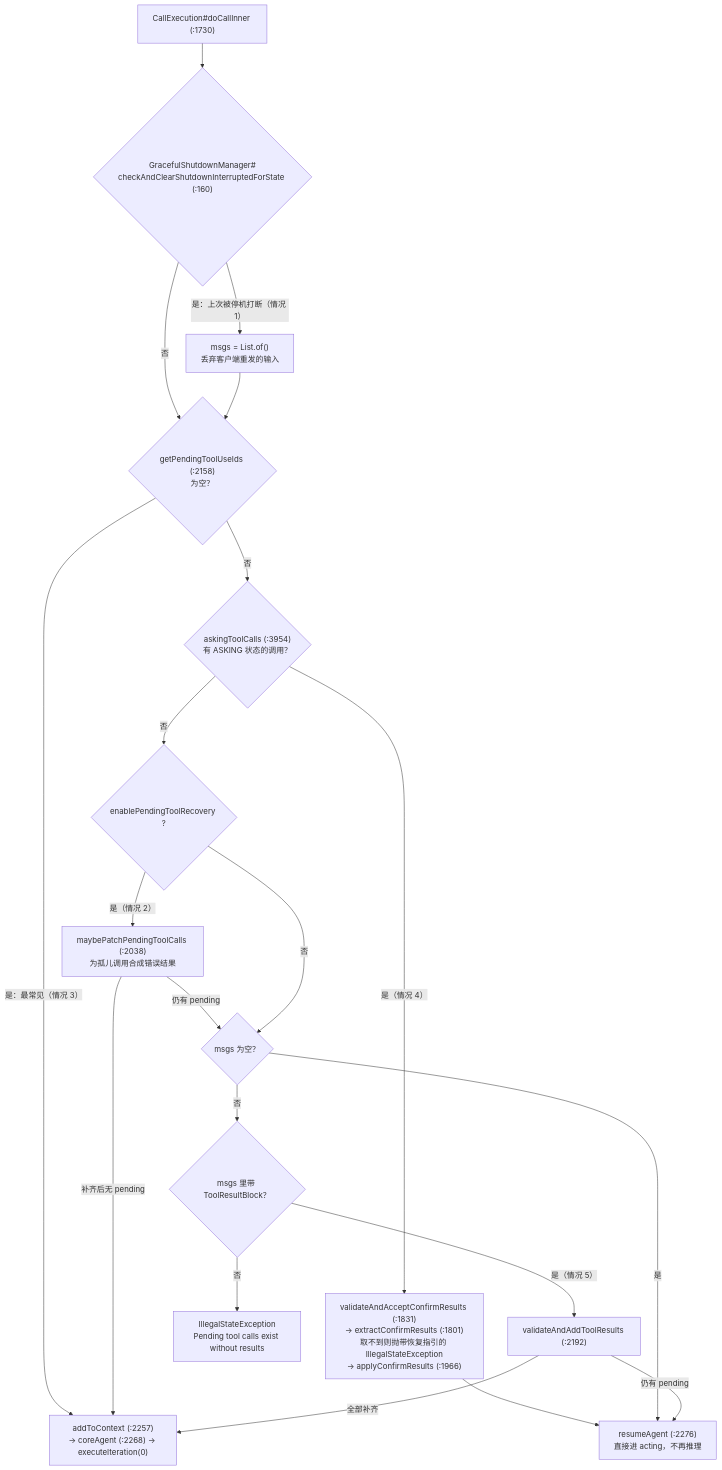
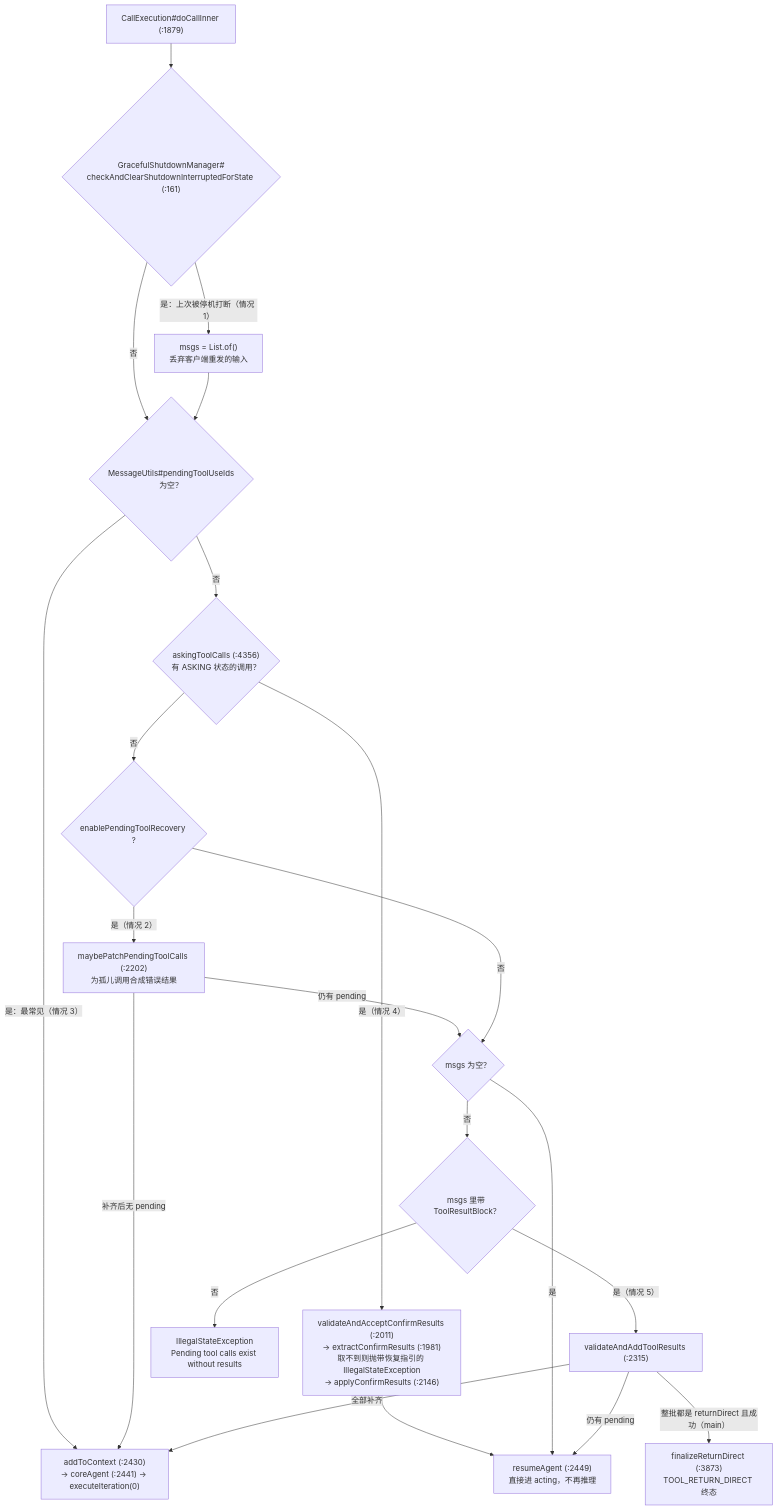
The second of 6 diagrams in 03-ReAct主循环.md (liulangjietou/AgentScope-source-analysis), drawn with Mermaid before and after one commit. The commit also changed other lines of this file, not shown here.

Commit message:
docs(ch03): sync ReAct main loop to upstream main e9721285

````diff
--- a/03-ReAct主循环.md
+++ b/03-ReAct主循环.md
@@ -77,22 +97,23 @@
 ```mermaid
 flowchart TB
-    DCI["CallExecution#doCallInner (:1730)"] --> SD{"GracefulShutdownManager#<br/>checkAndClearShutdownInterruptedForState (:160)"}
+    DCI["CallExecution#doCallInner (:1879)"] --> SD{"GracefulShutdownManager#<br/>checkAndClearShutdownInterruptedForState (:161)"}
     SD -->|"是：上次被停机打断（情况 1）"| DROP["msgs = List.of()<br/>丢弃客户端重发的输入"]
     SD -->|"否"| P
-    DROP --> P{"getPendingToolUseIds (:2158)<br/>为空？"}
-    P -->|"是：最常见（情况 3）"| NORMAL["addToContext (:2257)<br/>→ coreAgent (:2268) → executeIteration(0)"]
-    P -->|"否"| ASK{"askingToolCalls (:3954)<br/>有 ASKING 状态的调用？"}
-    ASK -->|"是（情况 4）"| CONF["validateAndAcceptConfirmResults (:1831)<br/>→ extractConfirmResults (:1801)<br/>取不到则抛带恢复指引的 IllegalStateException<br/>→ applyConfirmResults (:1966)"]
-    CONF --> RESUME["resumeAgent (:2276)<br/>直接进 acting，不再推理"]
+    DROP --> P{"MessageUtils#pendingToolUseIds<br/>为空？"}
+    P -->|"是：最常见（情况 3）"| NORMAL["addToContext (:2430)<br/>→ coreAgent (:2441) → executeIteration(0)"]
+    P -->|"否"| ASK{"askingToolCalls (:4356)<br/>有 ASKING 状态的调用？"}
+    ASK -->|"是（情况 4）"| CONF["validateAndAcceptConfirmResults (:2011)<br/>→ extractConfirmResults (:1981)<br/>取不到则抛带恢复指引的 IllegalStateException<br/>→ applyConfirmResults (:2146)"]
+    CONF --> RESUME["resumeAgent (:2449)<br/>直接进 acting，不再推理"]
     ASK -->|"否"| REC{"enablePendingToolRecovery ?"}
-    REC -->|"是（情况 2）"| PATCH["maybePatchPendingToolCalls (:2038)<br/>为孤儿调用合成错误结果"]
+    REC -->|"是（情况 2）"| PATCH["maybePatchPendingToolCalls (:2202)<br/>为孤儿调用合成错误结果"]
     PATCH -->|"补齐后无 pending"| NORMAL
     PATCH -->|"仍有 pending"| EMPTY
     REC -->|"否"| EMPTY{"msgs 为空？"}
     EMPTY -->|"是"| RESUME
     EMPTY -->|"否"| TR{"msgs 里带 ToolResultBlock？"}
-    TR -->|"是（情况 5）"| VAL["validateAndAddToolResults (:2192)"]
+    TR -->|"是（情况 5）"| VAL["validateAndAddToolResults (:2315)"]
+    VAL -->|"整批都是 returnDirect 且成功（main）"| RD["finalizeReturnDirect (:3873)<br/>TOOL_RETURN_DIRECT 终态"]
     VAL -->|"仍有 pending"| RESUME
     VAL -->|"全部补齐"| NORMAL
     TR -->|"否"| THROW["IllegalStateException<br/>Pending tool calls exist without results"]
 ```
````
